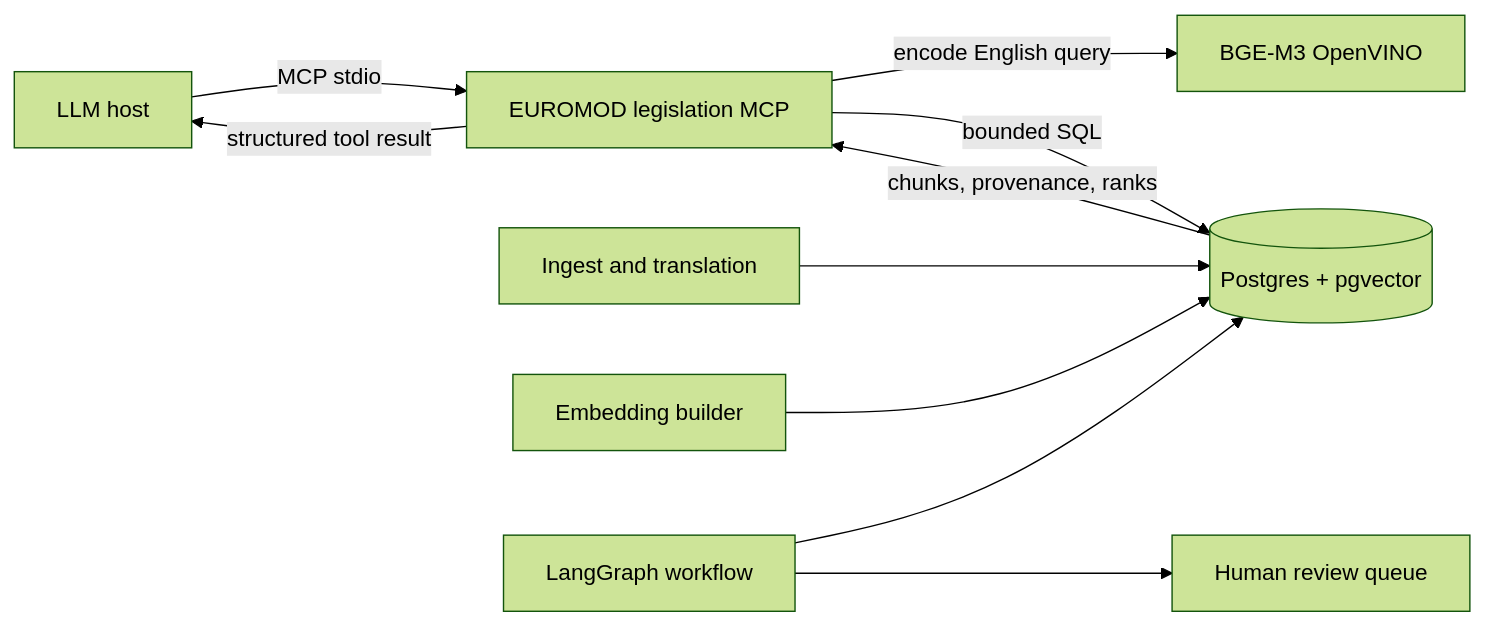
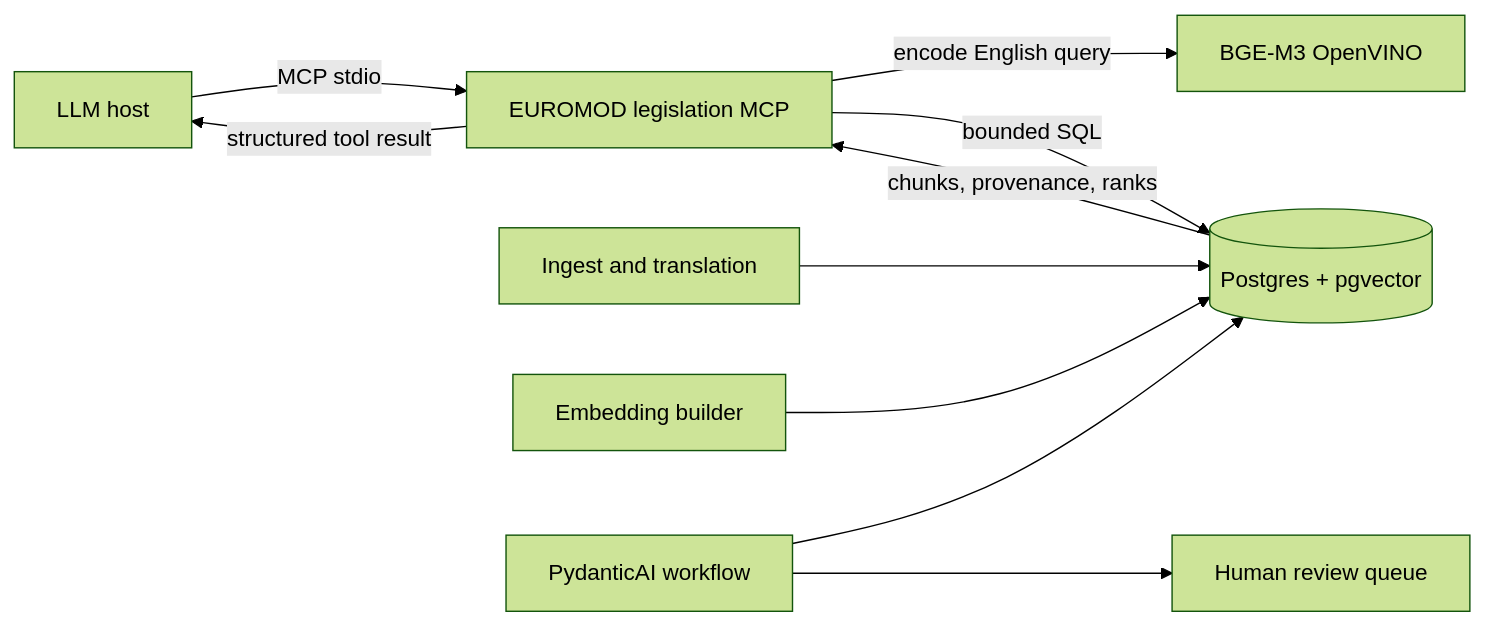
Before and after one commit to benoit-cty/euromod: the diagram in mcp-server/ARCHITECTURE.md, drawn with Mermaid (forest theme). The commit also changed 15 other files, not shown here.

Commit message:
Switch from LangChain to PydanticAI

````diff
--- a/mcp-server/ARCHITECTURE.md
+++ b/mcp-server/ARCHITECTURE.md
@@ -6,13 +6,13 @@
 ```mermaid
 flowchart LR
     Host[LLM host] -->|MCP stdio| MCP[EUROMOD legislation MCP]
     MCP -->|encode English query| BGE[BGE-M3 OpenVINO]
     MCP -->|bounded SQL| DB[(Postgres + pgvector)]
     ING[Ingest and translation] --> DB
     EMB[Embedding builder] --> DB
     DB -->|chunks, provenance, ranks| MCP
     MCP -->|structured tool result| Host
 
-    WF[LangGraph workflow] --> DB
+    WF[PydanticAI workflow] --> DB
     WF --> REVIEW[Human review queue]
 ```
````
